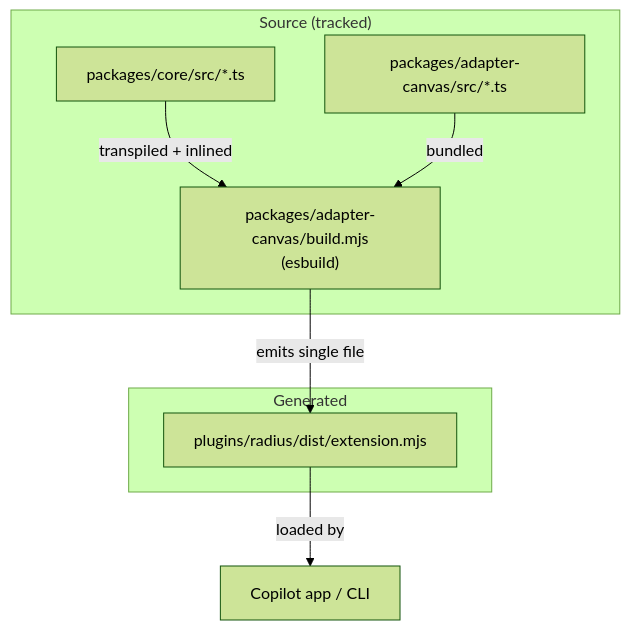
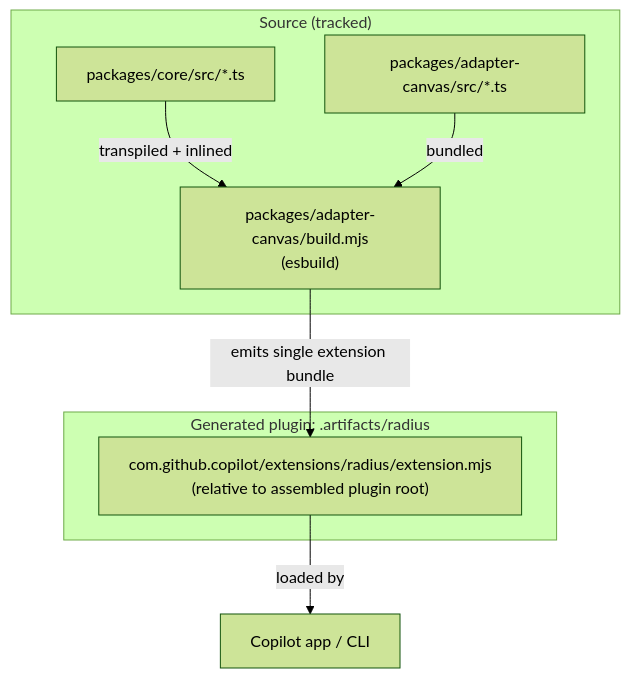
The fourth of 5 diagrams in .github/skills/radius-architecture-documenter/references/mermaid-patterns.md (radius-project/ai-extensions), drawn with Mermaid (forest theme) before and after one commit. The commit also changed other lines of this file and 3 other files, not shown here.

First line of the commit message:
docs: align active packaging guidance and diagram templates

````diff
--- a/.github/skills/radius-architecture-documenter/references/mermaid-patterns.md
+++ b/.github/skills/radius-architecture-documenter/references/mermaid-patterns.md
@@ -74,17 +74,17 @@
 ```mermaid
 graph TD
     subgraph Source["Source (tracked)"]
         CoreTS["packages/core/src/*.ts"]
         CanvasSrc["packages/adapter-canvas/src/*.ts"]
         Build["packages/adapter-canvas/build.mjs<br/>(esbuild)"]
     end
 
-    subgraph Output["Generated"]
-        Bundle["plugins/radius/dist/extension.mjs"]
+    subgraph Output["Generated plugin: .artifacts/radius"]
+        Bundle["com.github.copilot/extensions/radius/extension.mjs<br/>(relative to assembled plugin root)"]
     end
 
     CoreTS -->|transpiled + inlined| Build
     CanvasSrc -->|bundled| Build
-    Build -->|emits single file| Bundle
+    Build -->|emits single extension bundle| Bundle
     Bundle -->|loaded by| App["Copilot app / CLI"]
 ```
````
